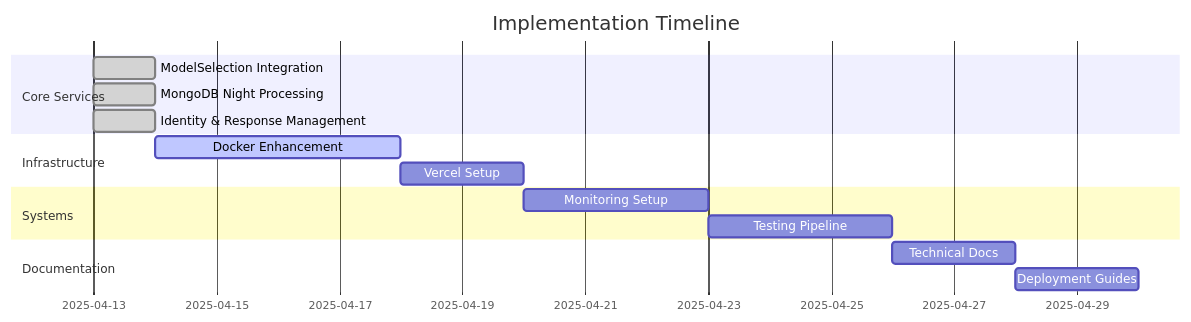
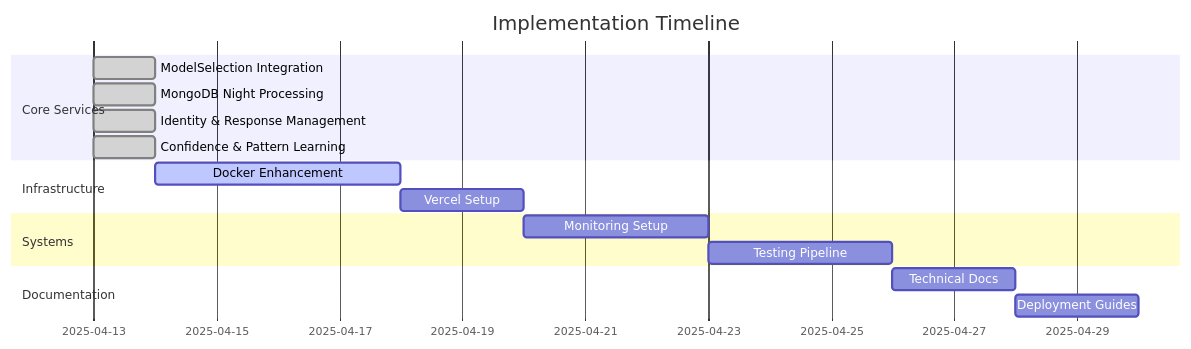
The second of 2 diagrams in memoRable_implementation_plan.md (alanchelmickjr/memoRable), drawn with Mermaid before and after one commit. The commit also changed other lines of this file and 2 other files, not shown here.

Commit message:
mental health and quick confidence scoring

````diff
--- a/memoRable_implementation_plan.md
+++ b/memoRable_implementation_plan.md
@@ -149,18 +160,19 @@
 ```mermaid
 gantt
     title Implementation Timeline
     dateFormat  YYYY-MM-DD
     section Core Services
     ModelSelection Integration    :done, 2025-04-13, 1d
     MongoDB Night Processing     :done, 2025-04-13, 1d
     Identity & Response Management :done, 2025-04-13, 1d
+    Confidence & Pattern Learning :done, 2025-04-13, 1d
     section Infrastructure
     Docker Enhancement     :active, 2025-04-14, 4d
     Vercel Setup          :2025-04-18, 2d
     section Systems
     Monitoring Setup      :2025-04-20, 3d
     Testing Pipeline      :2025-04-23, 3d
     section Documentation
     Technical Docs        :2025-04-26, 2d
     Deployment Guides     :2025-04-28, 2d
 ```
````
